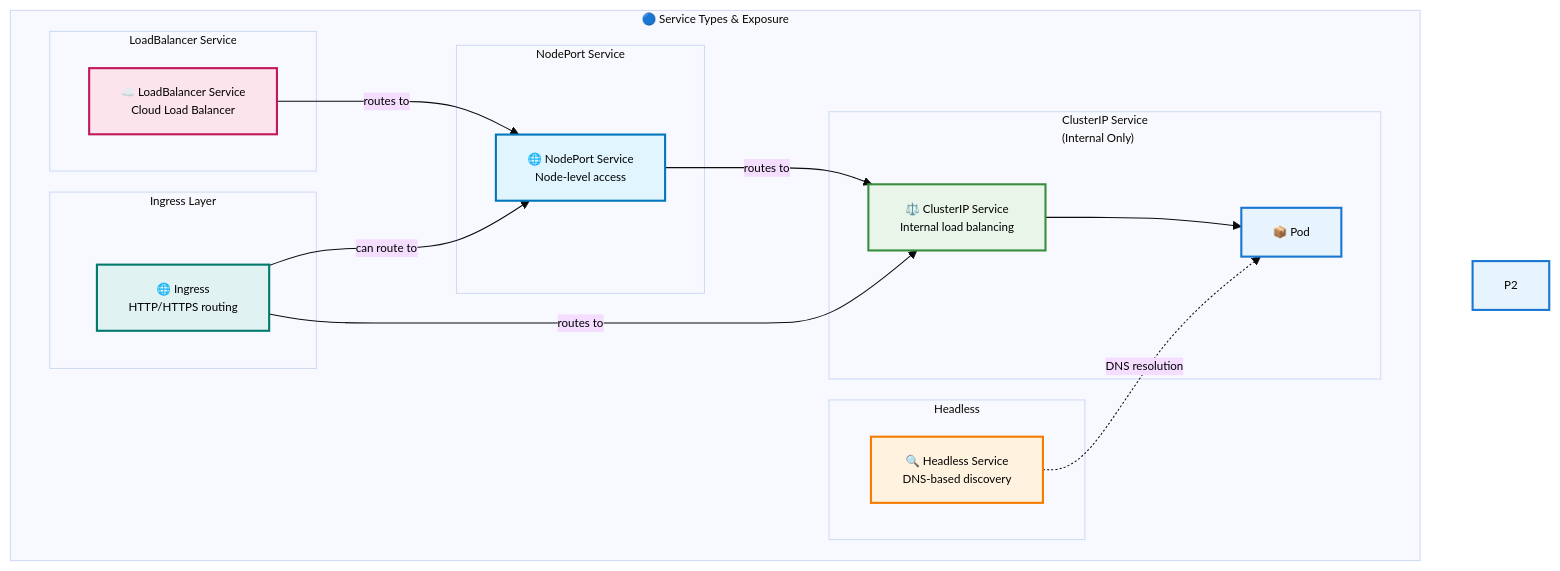
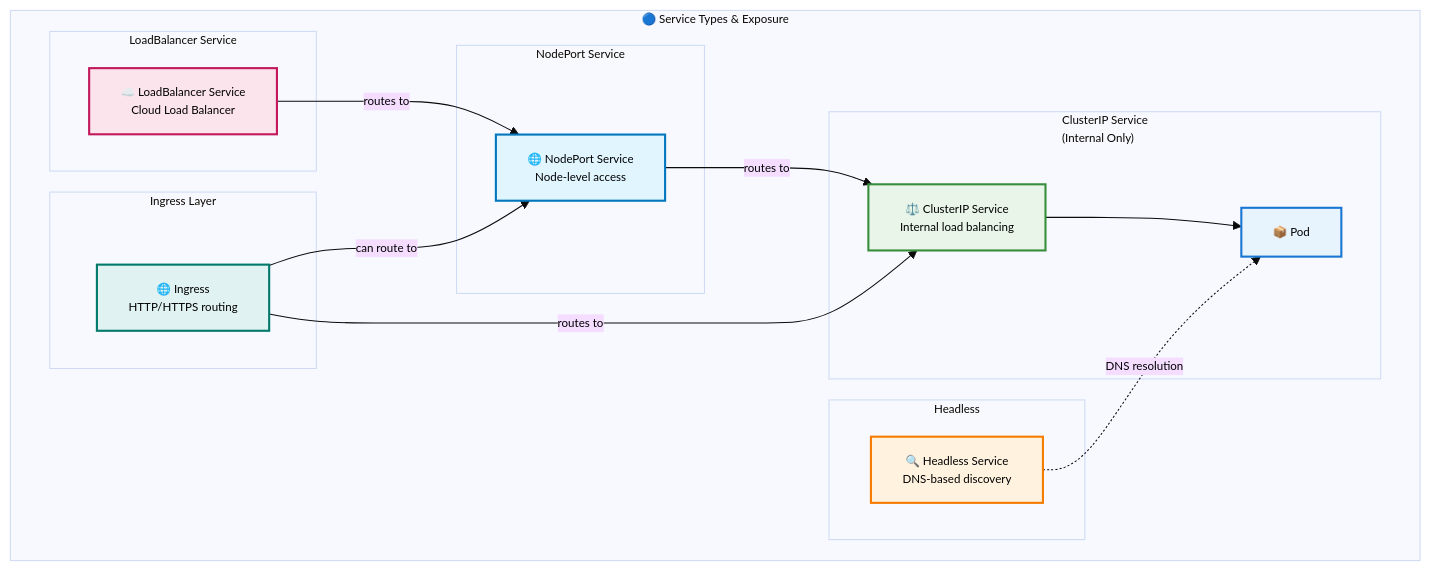
Before and after one commit to razkevich/system_design_course: the fourth of 13 diagrams in 1.4_distributed_systems/kubernetes_resource_hierarchy_guide.md, drawn with Mermaid.

Commit message:
exactly once

````diff
--- a/1.4_distributed_systems/kubernetes_resource_hierarchy_guide.md
+++ b/1.4_distributed_systems/kubernetes_resource_hierarchy_guide.md
@@ -137,46 +137,45 @@
 ```mermaid
 %%{init: {'theme':'base', 'themeVariables': { 'primaryTextColor': '#000', 'fontSize': '11px'}}}%%
 flowchart TD
     subgraph "🔵 Service Types & Exposure"
         
         subgraph "ClusterIP Service <br/>(Internal Only)"
             ClusterIP["⚖️ ClusterIP Service<br/>Internal load balancing"]
             ClusterIP --> P1["📦 Pod"]
         end
         
         subgraph "Headless"
             HeadlessService["🔍 Headless Service<br/>DNS-based discovery"]
         end
         
         subgraph "NodePort Service"
             NodePort["🌐 NodePort Service<br/>Node-level access"]
             NodePort -->|"routes to"| ClusterIP
         end
         
         subgraph "LoadBalancer Service"
             LoadBalancer["☁️ LoadBalancer Service<br/>Cloud Load Balancer"]
             LoadBalancer -->|"routes to"| NodePort
         end
         
         subgraph "Ingress Layer"
             IngressRoute["🌐 Ingress<br/>HTTP/HTTPS routing"]
             IngressRoute -->|"routes to"| ClusterIP
             IngressRoute -->|"can route to"| NodePort
         end
         
         subgraph "Headless"
             HeadlessService["🔍 Headless Service<br/>DNS-based discovery"]
         end
         
         %% Headless service references existing pod
         HeadlessService -.->|"DNS resolution"| P1
     end
     
     style ClusterIP fill:#e8f5e8,stroke:#388e3c,stroke-width:2px,color:#000
     style NodePort fill:#e1f5fe,stroke:#0277bd,stroke-width:2px,color:#000
     style LoadBalancer fill:#fce4ec,stroke:#c2185b,stroke-width:2px,color:#000
     style HeadlessService fill:#fff3e0,stroke:#f57c00,stroke-width:2px,color:#000
     style IngressRoute fill:#e0f2f1,stroke:#00796b,stroke-width:2px,color:#000
     style P1 fill:#e8f4fd,stroke:#1976d2,stroke-width:2px,color:#000
-    style P2 fill:#e8f4fd,stroke:#1976d2,stroke-width:2px,color:#000
 ```
````
